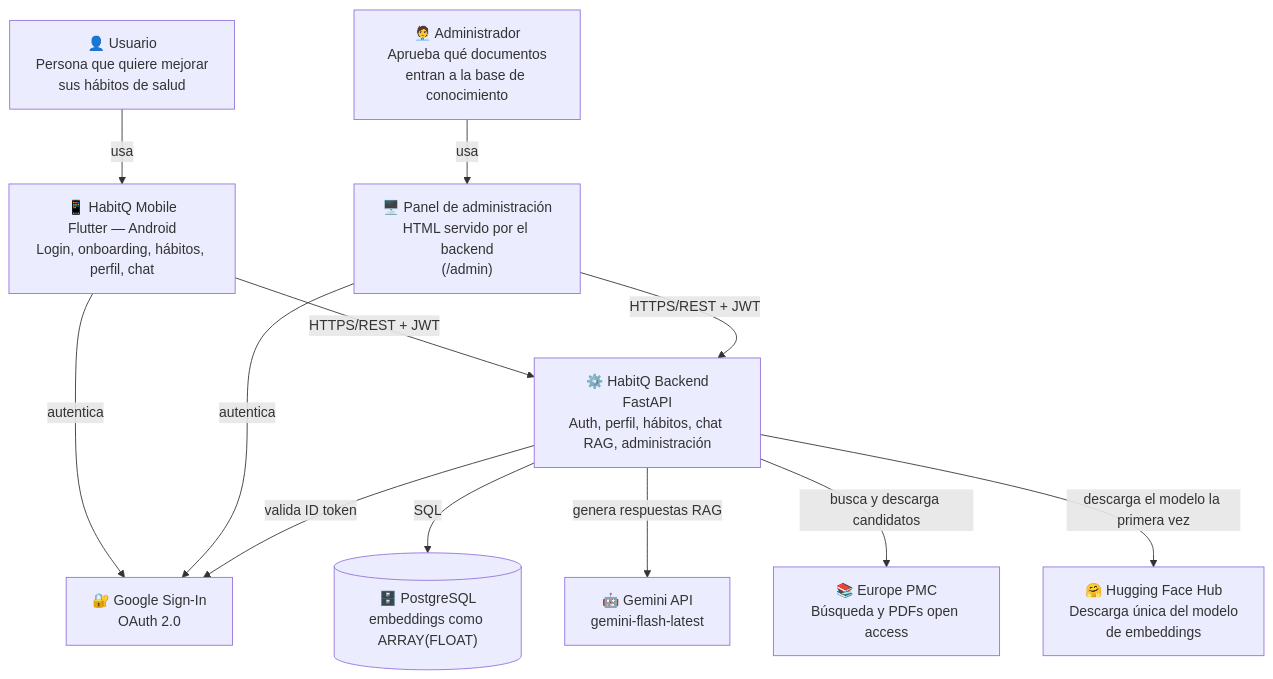
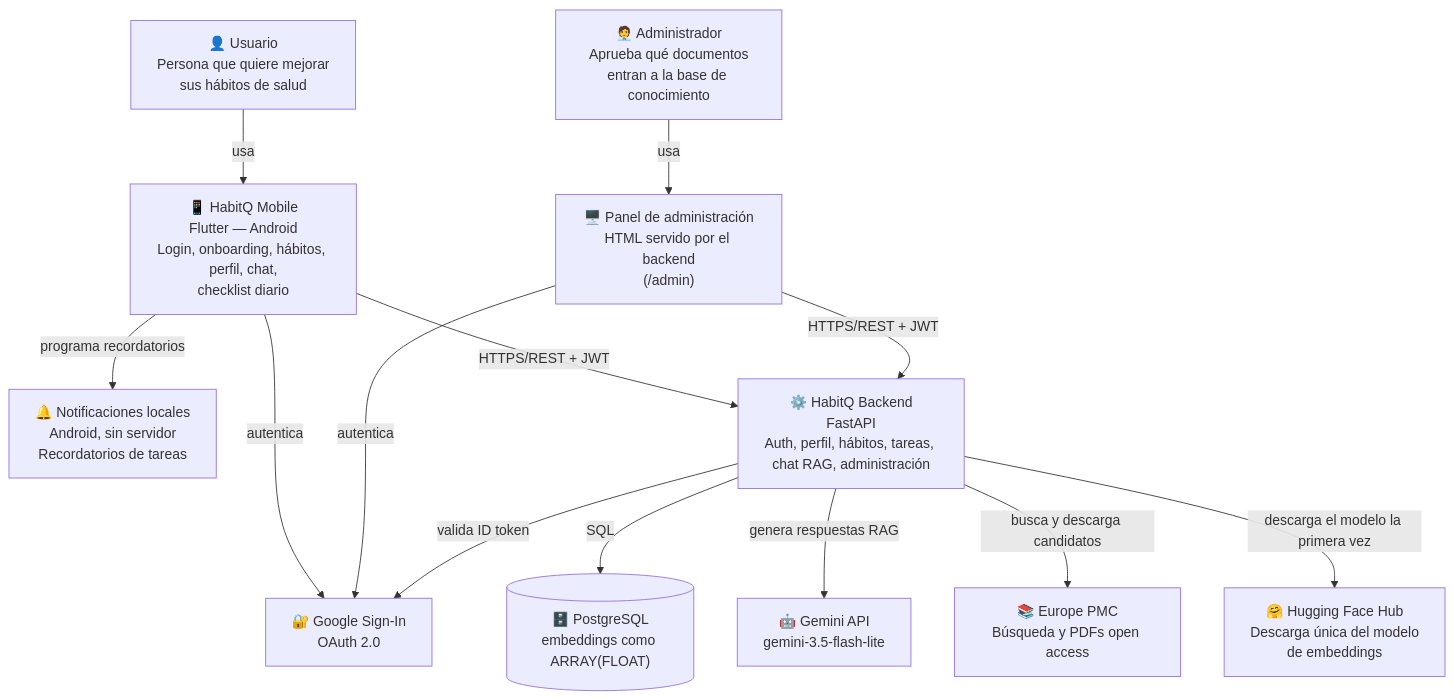
One commit to FedeJGM/HabitQ changed the diagram in docs/diagrams/c4-context.md. Above: the diagram before and after it, drawn with Mermaid. The commit also changed other lines of this file and 6 other files, not shown here.

````diff
--- a/docs/diagrams/c4-context.md
+++ b/docs/diagrams/c4-context.md
@@ -7,25 +7,27 @@
 ```mermaid
 graph TD
     user["👤 Usuario<br/>Persona que quiere mejorar<br/>sus hábitos de salud"]
     admin["🧑‍💼 Administrador<br/>Aprueba qué documentos<br/>entran a la base de conocimiento"]
-    mobile["📱 HabitQ Mobile<br/>Flutter — Android<br/>Login, onboarding, hábitos, perfil, chat"]
+    mobile["📱 HabitQ Mobile<br/>Flutter — Android<br/>Login, onboarding, hábitos, perfil, chat,<br/>checklist diario"]
+    notif["🔔 Notificaciones locales<br/>Android, sin servidor<br/>Recordatorios de tareas"]
     panel["🖥️ Panel de administración<br/>HTML servido por el backend<br/>(/admin)"]
-    backend["⚙️ HabitQ Backend<br/>FastAPI<br/>Auth, perfil, hábitos, chat RAG, administración"]
+    backend["⚙️ HabitQ Backend<br/>FastAPI<br/>Auth, perfil, hábitos, tareas, chat RAG, administración"]
     google["🔐 Google Sign-In<br/>OAuth 2.0"]
     postgres[("🗄️ PostgreSQL<br/>embeddings como ARRAY(FLOAT)")]
-    gemini["🤖 Gemini API<br/>gemini-flash-latest"]
+    gemini["🤖 Gemini API<br/>gemini-3.5-flash-lite"]
     epmc["📚 Europe PMC<br/>Búsqueda y PDFs open access"]
     hf["🤗 Hugging Face Hub<br/>Descarga única del modelo<br/>de embeddings"]
 
     user -->|usa| mobile
     mobile -->|autentica| google
     mobile -->|HTTPS/REST + JWT| backend
+    mobile -->|programa recordatorios| notif
     admin -->|usa| panel
     panel -->|autentica| google
     panel -->|HTTPS/REST + JWT| backend
     backend -->|valida ID token| google
     backend -->|SQL| postgres
     backend -->|genera respuestas RAG| gemini
     backend -->|busca y descarga candidatos| epmc
     backend -->|descarga el modelo la primera vez| hf
 ```
````
